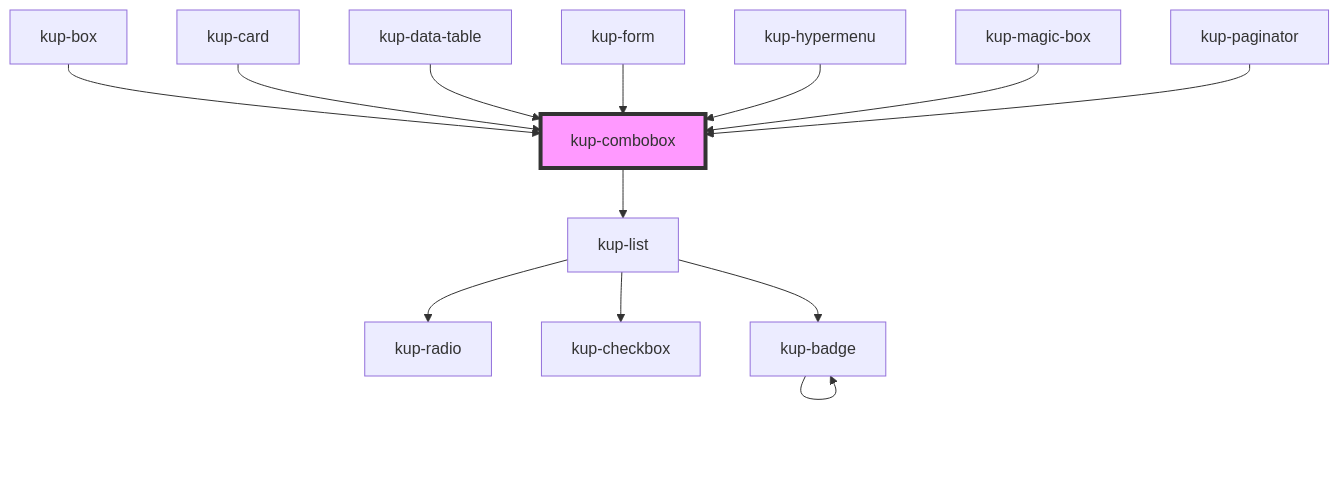
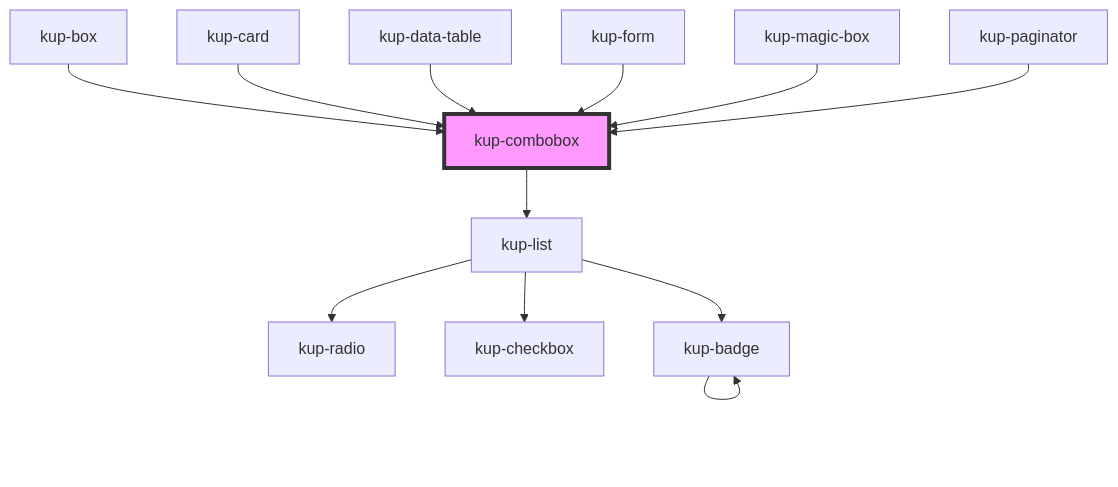
The diagram in packages/ketchup/src/components/kup-combobox/readme.md (smeup/ketch.up), drawn with Mermaid before and after one commit. The commit also changed other lines of this file and 17 other files, not shown here.

````diff
--- a/packages/ketchup/src/components/kup-combobox/readme.md
+++ b/packages/ketchup/src/components/kup-combobox/readme.md
@@ -113,16 +112,15 @@
 ```mermaid
 graph TD;
   kup-combobox --> kup-list
   kup-list --> kup-radio
   kup-list --> kup-checkbox
   kup-list --> kup-badge
   kup-badge --> kup-badge
   kup-box --> kup-combobox
   kup-card --> kup-combobox
   kup-data-table --> kup-combobox
   kup-form --> kup-combobox
-  kup-hypermenu --> kup-combobox
   kup-magic-box --> kup-combobox
   kup-paginator --> kup-combobox
   style kup-combobox fill:#f9f,stroke:#333,stroke-width:4px
 ```
````
